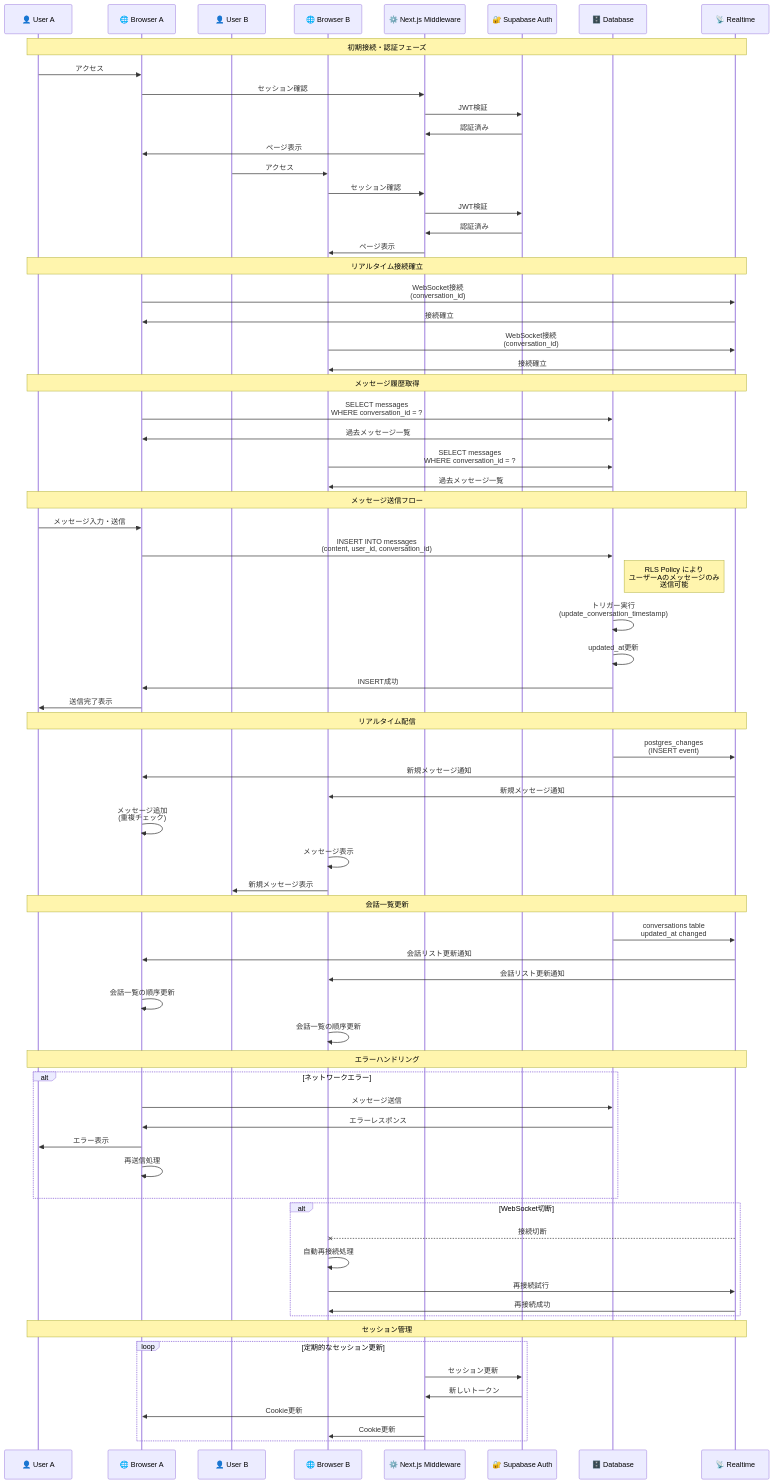
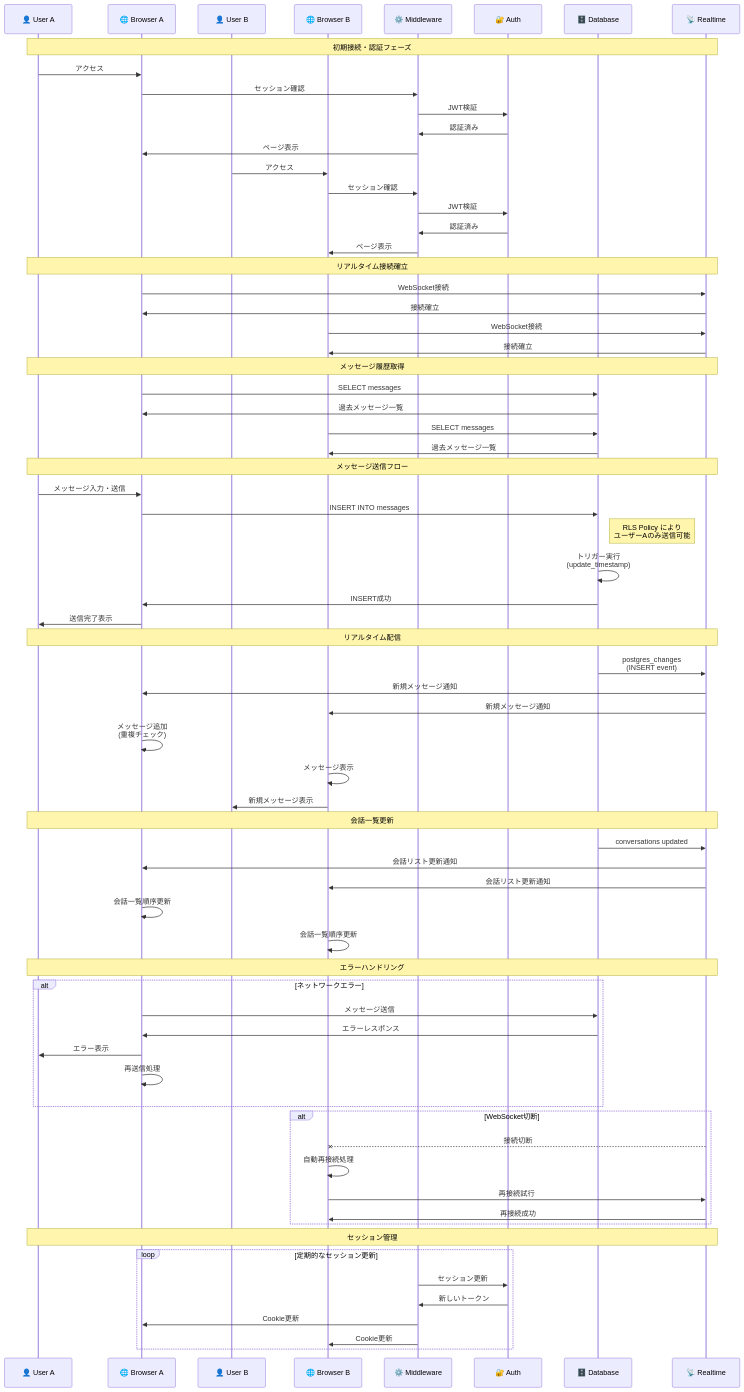
The diagram in docs/archi/diagrams/chat-sequence.md (0sa0sa/web-chat), drawn with Mermaid before and after one commit. The commit also changed other lines of this file and 4 other files, not shown here.

````diff
--- a/docs/archi/diagrams/chat-sequence.md
+++ b/docs/archi/diagrams/chat-sequence.md
@@ -5,13 +5,13 @@
 ```mermaid
 sequenceDiagram
-    %% Web Chat System - チャットメッセージ送信・受信シーケンス図
+    %% Web Chat System - Chat Message Sequence
     
     participant UA as 👤 User A
     participant BA as 🌐 Browser A
     participant UB as 👤 User B  
     participant BB as 🌐 Browser B
-    participant MW as ⚙️ Next.js Middleware
-    participant AU as 🔐 Supabase Auth
+    participant MW as ⚙️ Middleware
+    participant AU as 🔐 Auth
     participant DB as 🗄️ Database
     participant RT as 📡 Realtime
     
@@ -31,30 +31,28 @@
     
     Note over UA, RT: リアルタイム接続確立
     
-    BA->>RT: WebSocket接続<br/>(conversation_id)
+    BA->>RT: WebSocket接続
     RT->>BA: 接続確立
     
-    BB->>RT: WebSocket接続<br/>(conversation_id)
+    BB->>RT: WebSocket接続
     RT->>BB: 接続確立
     
     Note over UA, RT: メッセージ履歴取得
     
-    BA->>DB: SELECT messages<br/>WHERE conversation_id = ?
+    BA->>DB: SELECT messages
     DB->>BA: 過去メッセージ一覧
     
-    BB->>DB: SELECT messages<br/>WHERE conversation_id = ?
+    BB->>DB: SELECT messages
     DB->>BB: 過去メッセージ一覧
     
     Note over UA, RT: メッセージ送信フロー
     
     UA->>BA: メッセージ入力・送信
-    BA->>DB: INSERT INTO messages<br/>(content, user_id, conversation_id)
+    BA->>DB: INSERT INTO messages
     
-    Note right of DB: RLS Policy により<br/>ユーザーAのメッセージのみ<br/>送信可能
+    Note right of DB: RLS Policy により<br/>ユーザーAのみ送信可能
     
-    DB->>DB: トリガー実行<br/>(update_conversation_timestamp)
-    DB->>DB: updated_at更新
-    
+    DB->>DB: トリガー実行<br/>(update_timestamp)
     DB->>BA: INSERT成功
     BA->>UA: 送信完了表示
     
@@ -70,12 +68,12 @@
     
     Note over UA, RT: 会話一覧更新
     
-    DB->>RT: conversations table<br/>updated_at changed
+    DB->>RT: conversations updated
     RT->>BA: 会話リスト更新通知
     RT->>BB: 会話リスト更新通知
     
-    BA->>BA: 会話一覧の順序更新
-    BB->>BB: 会話一覧の順序更新
+    BA->>BA: 会話一覧順序更新
+    BB->>BB: 会話一覧順序更新
     
     Note over UA, RT: エラーハンドリング
     
````
